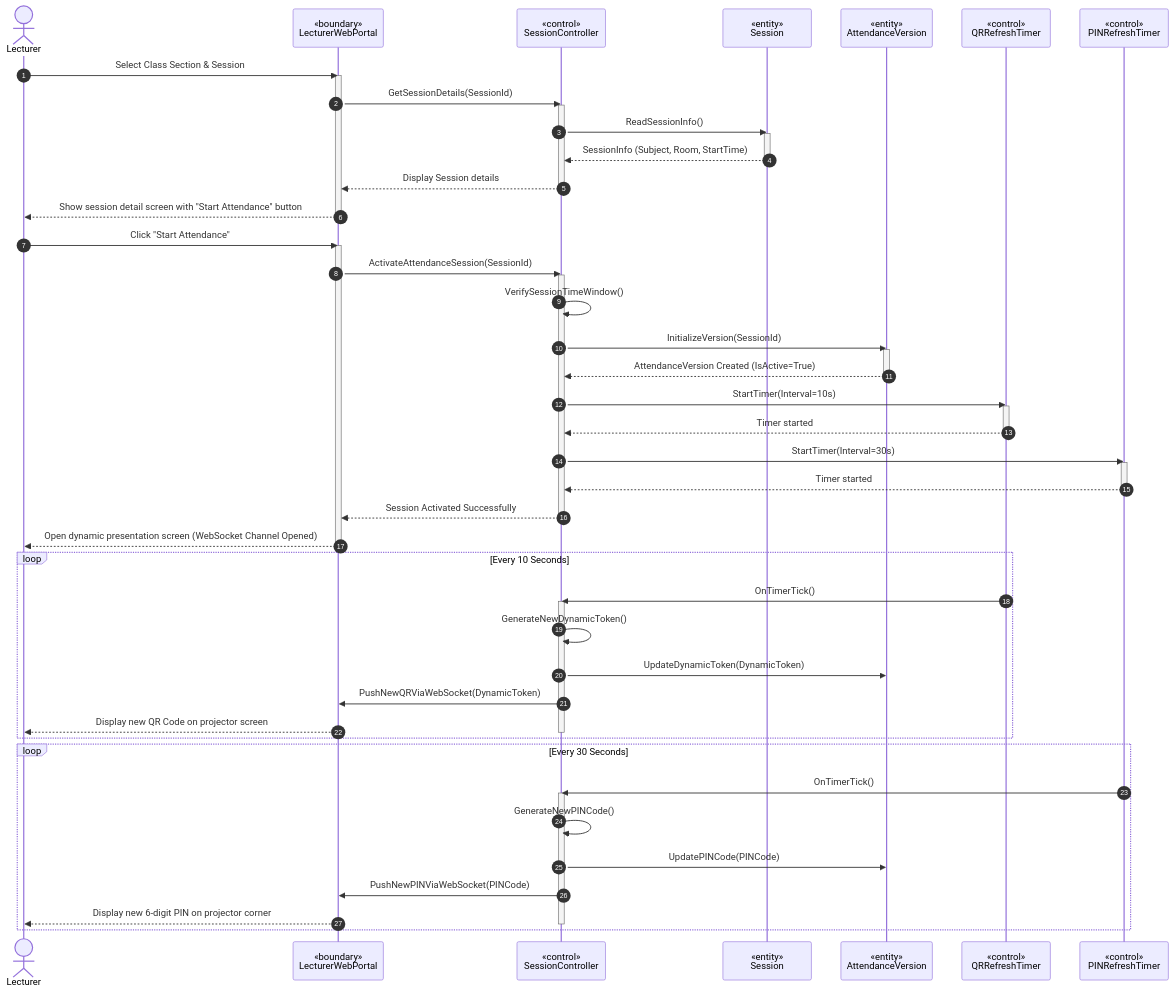
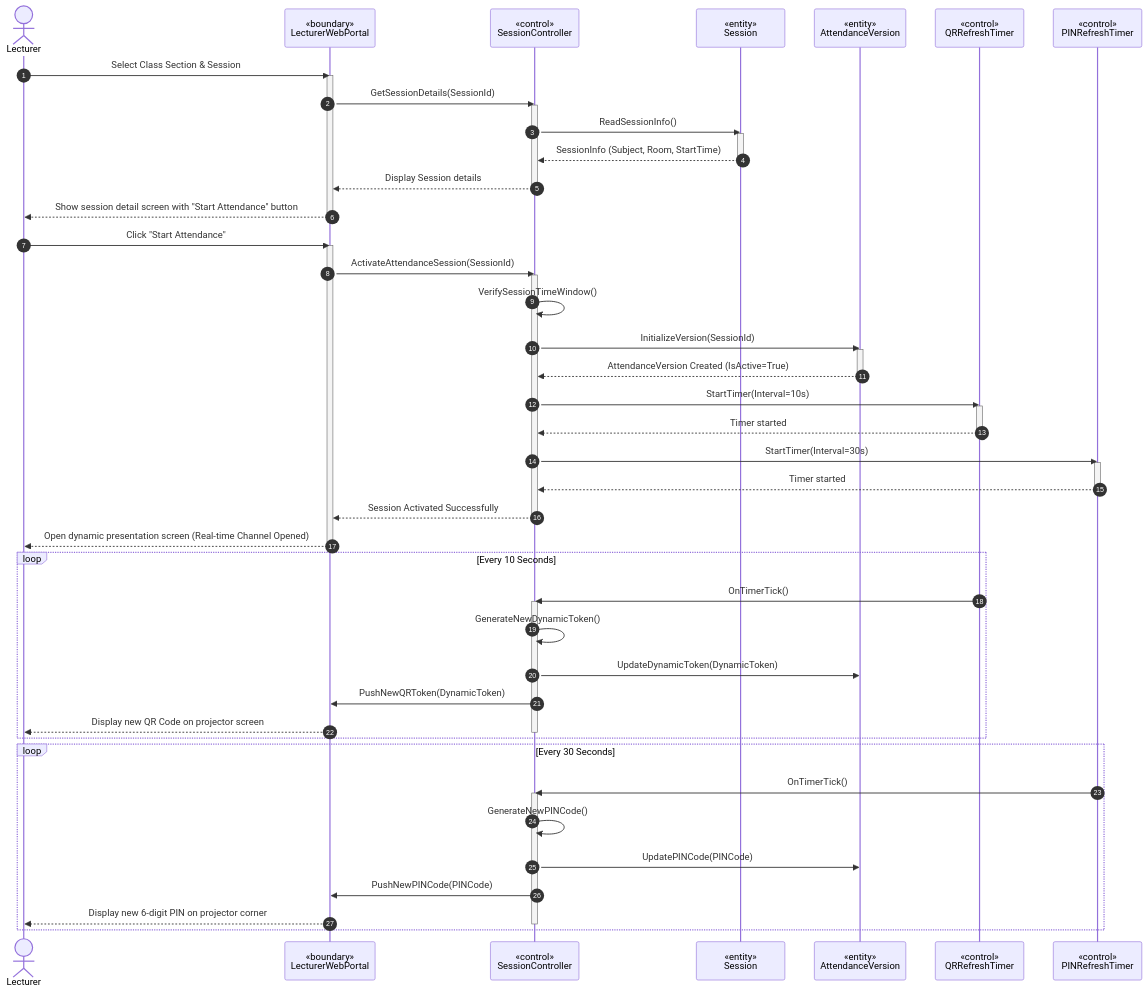
Before and after one commit to nttung42/SWD392: diagram 13 of 27 in AFAS_RDS_Document_Part1B_Analysis_models.md, drawn with Mermaid. The commit also changed other lines of this file and 3 other files, not shown here.

````diff
--- a/AFAS_RDS_Document_Part1B_Analysis_models.md
+++ b/AFAS_RDS_Document_Part1B_Analysis_models.md
@@ -822,71 +819,71 @@
 ```mermaid
 sequenceDiagram
     autonumber
     actor GV as Lecturer
     participant LWP as «boundary»<br>LecturerWebPortal
     participant SC as «control»<br>SessionController
     participant S as «entity»<br>Session
     participant V as «entity»<br>AttendanceVersion
     participant QT as «control»<br>QRRefreshTimer
     participant PT as «control»<br>PINRefreshTimer
 
     GV->>LWP: Select Class Section & Session
     activate LWP
     LWP->>SC: GetSessionDetails(SessionId)
     activate SC
     SC->>S: ReadSessionInfo()
     activate S
     S-->>SC: SessionInfo (Subject, Room, StartTime)
     deactivate S
     SC-->>LWP: Display Session details
     deactivate SC
     LWP-->>GV: Show session detail screen with "Start Attendance" button
     deactivate LWP
 
     GV->>LWP: Click "Start Attendance"
     activate LWP
     LWP->>SC: ActivateAttendanceSession(SessionId)
     activate SC
     
     SC->>SC: VerifySessionTimeWindow()
     
     SC->>V: InitializeVersion(SessionId)
     activate V
     V-->>SC: AttendanceVersion Created (IsActive=True)
     deactivate V
     
     SC->>QT: StartTimer(Interval=10s)
     activate QT
     QT-->>SC: Timer started
     deactivate QT
     
     SC->>PT: StartTimer(Interval=30s)
     activate PT
     PT-->>SC: Timer started
     deactivate PT
     
     SC-->>LWP: Session Activated Successfully
     deactivate SC
-    LWP-->>GV: Open dynamic presentation screen (WebSocket Channel Opened)
+    LWP-->>GV: Open dynamic presentation screen (Real-time Channel Opened)
     deactivate LWP
 
     loop Every 10 Seconds
         QT->>SC: OnTimerTick()
         activate SC
         SC->>SC: GenerateNewDynamicToken()
         SC->>V: UpdateDynamicToken(DynamicToken)
-        SC->>LWP: PushNewQRViaWebSocket(DynamicToken)
+        SC->>LWP: PushNewQRToken(DynamicToken)
         LWP-->>GV: Display new QR Code on projector screen
         deactivate SC
     end
 
     loop Every 30 Seconds
         PT->>SC: OnTimerTick()
         activate SC
         SC->>SC: GenerateNewPINCode()
         SC->>V: UpdatePINCode(PINCode)
-        SC->>LWP: PushNewPINViaWebSocket(PINCode)
+        SC->>LWP: PushNewPINCode(PINCode)
         LWP-->>GV: Display new 6-digit PIN on projector corner
         deactivate SC
     end
 ```
````
